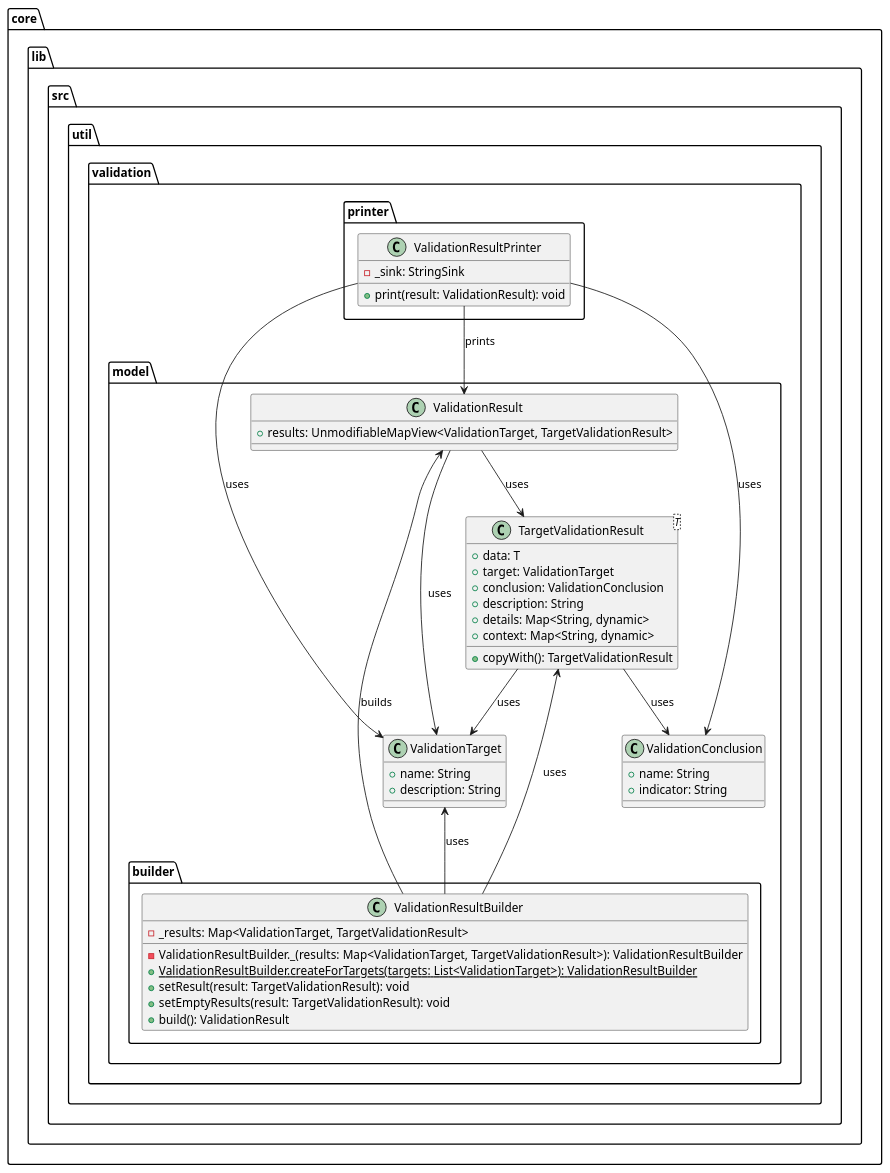
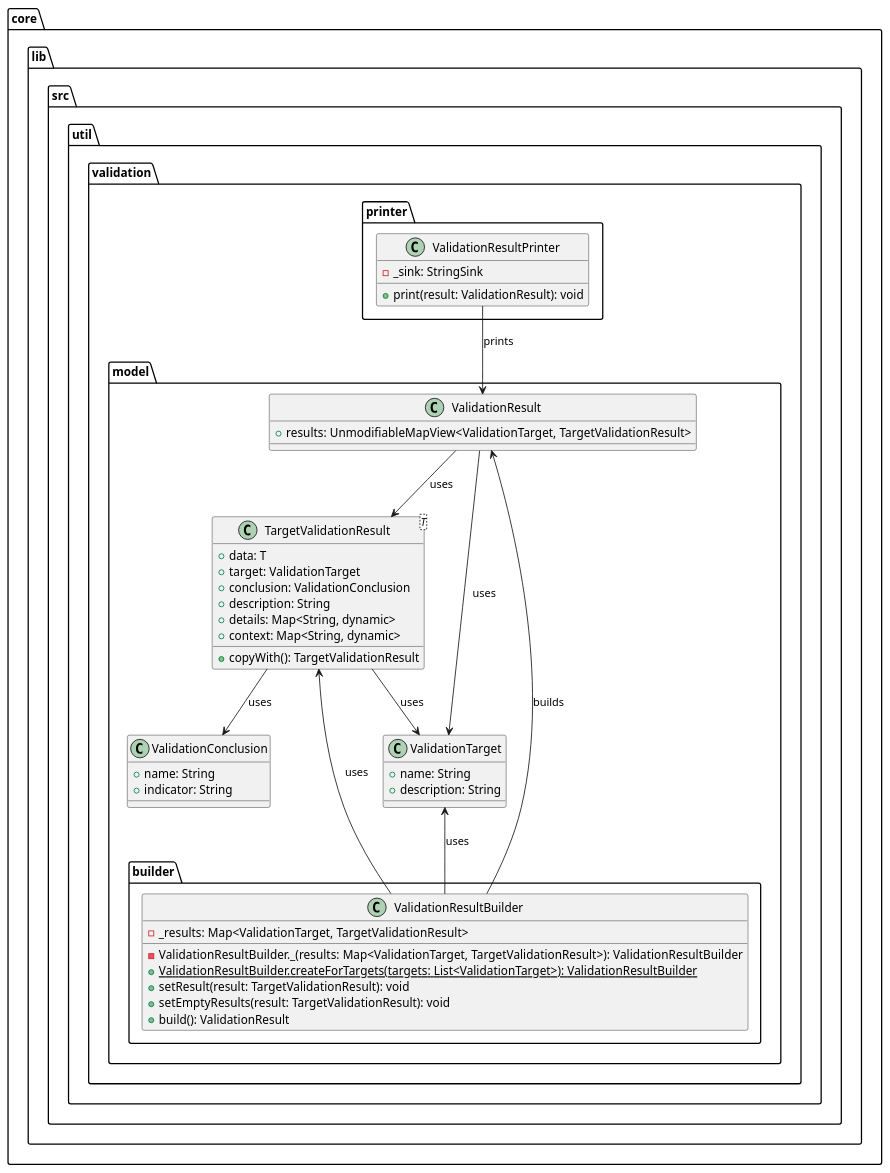
The diagram in metrics/cli/docs/features/doctor_output_improvements/diagrams/validation_class_diagram.puml (Flank/flank-dashboard), drawn with PlantUML before and after one commit. The commit also changed 1 other file, not shown here.

```diff
--- a/metrics/cli/docs/features/doctor_output_improvements/diagrams/validation_class_diagram.puml
+++ b/metrics/cli/docs/features/doctor_output_improvements/diagrams/validation_class_diagram.puml
@@ -1,66 +1,64 @@
 @startuml validation_output_class_diagram
 
 package core.lib.src.util.validation {
     package model {
         package builder {
             class ValidationResultBuilder {
                 - _results: Map<ValidationTarget, TargetValidationResult>
 
                 - ValidationResultBuilder._(results: Map<ValidationTarget, TargetValidationResult>): ValidationResultBuilder
                 + {static} ValidationResultBuilder.createForTargets(targets: List<ValidationTarget>): ValidationResultBuilder
                 + setResult(result: TargetValidationResult): void
                 + setEmptyResults(result: TargetValidationResult): void
                 + build(): ValidationResult
             }
         }
 
         class ValidationTarget {
             + name: String
             + description: String
         }
 
         class ValidationConclusion {
             + name: String
             + indicator: String
         }
 
         class TargetValidationResult<T> {
             + data: T
             + target: ValidationTarget
             + conclusion: ValidationConclusion
             + description: String
             + details: Map<String, dynamic>
             + context: Map<String, dynamic>
 
             + copyWith(): TargetValidationResult
         }
 
         class ValidationResult{
             + results: UnmodifiableMapView<ValidationTarget, TargetValidationResult>
         }
     }
 
     package printer {
         class ValidationResultPrinter{
             - _sink: StringSink
 
             + print(result: ValidationResult): void
         }
     }
 }
 
 TargetValidationResult --> ValidationTarget : uses
 TargetValidationResult --> ValidationConclusion : uses
 
 ValidationResult --> TargetValidationResult : uses
 ValidationResult --> ValidationTarget : uses
 
 ValidationResultBuilder -up-> ValidationResult : builds
 ValidationResultBuilder -up-> ValidationTarget : uses
 ValidationResultBuilder -up-> TargetValidationResult : uses
 
-ValidationResultPrinter --> ValidationConclusion : uses
-ValidationResultPrinter --> ValidationTarget : uses
 ValidationResultPrinter --> ValidationResult : prints
 
 @enduml
```
